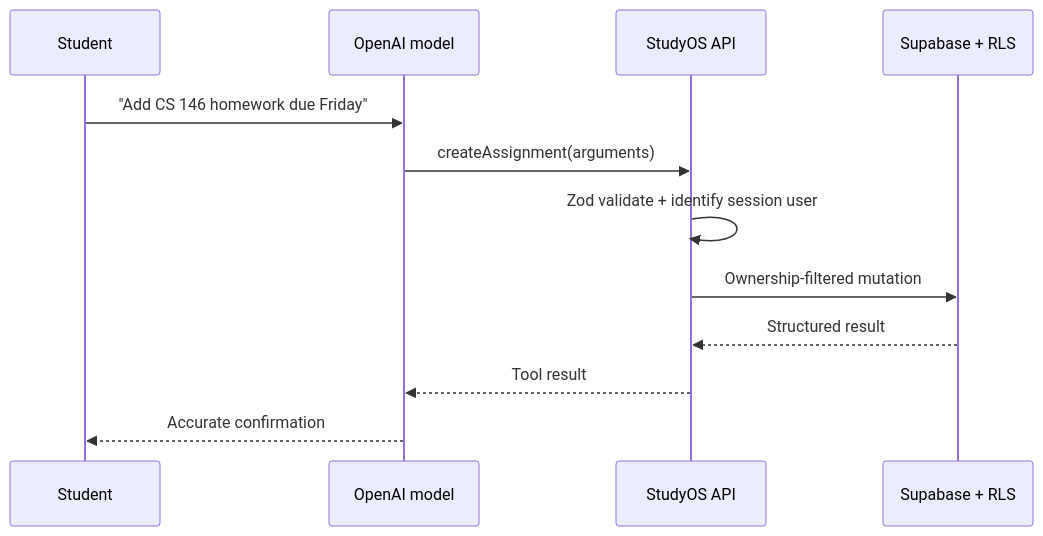
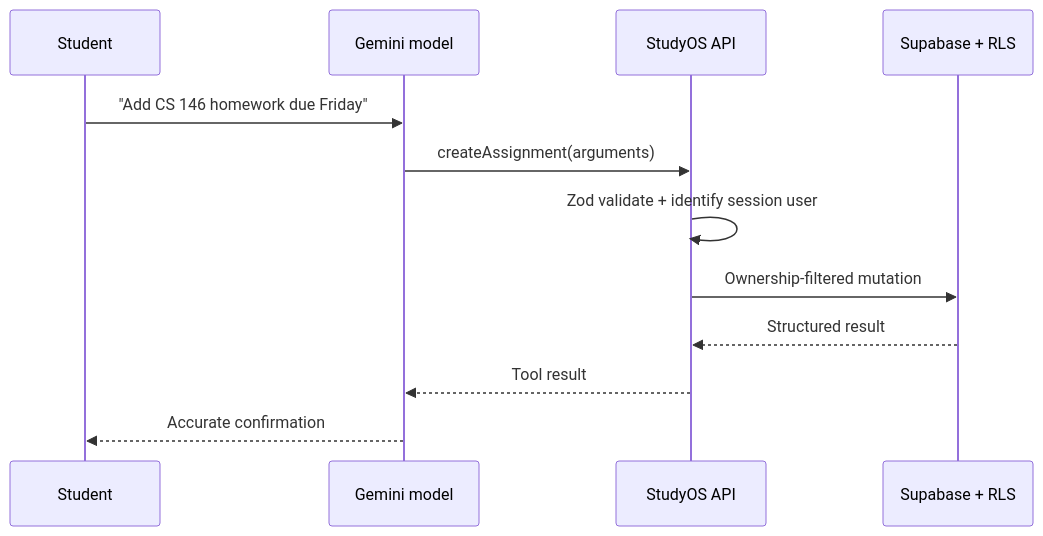
Before and after one commit to tanishqmehra22/AI: the second of 2 diagrams in README.md, drawn with Mermaid. The commit also changed other lines of this file and 12 other files, not shown here.

First line of the commit message:
feat: switch AI provider from OpenAI to Gemini

````diff
--- a/README.md
+++ b/README.md
@@ -70,14 +70,14 @@
 ```mermaid
 sequenceDiagram
   participant Student
-  participant Model as OpenAI model
+  participant Model as Gemini model
   participant API as StudyOS API
   participant DB as Supabase + RLS
   Student->>Model: "Add CS 146 homework due Friday"
   Model->>API: createAssignment(arguments)
   API->>API: Zod validate + identify session user
   API->>DB: Ownership-filtered mutation
   DB-->>API: Structured result
   API-->>Model: Tool result
   Model-->>Student: Accurate confirmation
 ```
````
